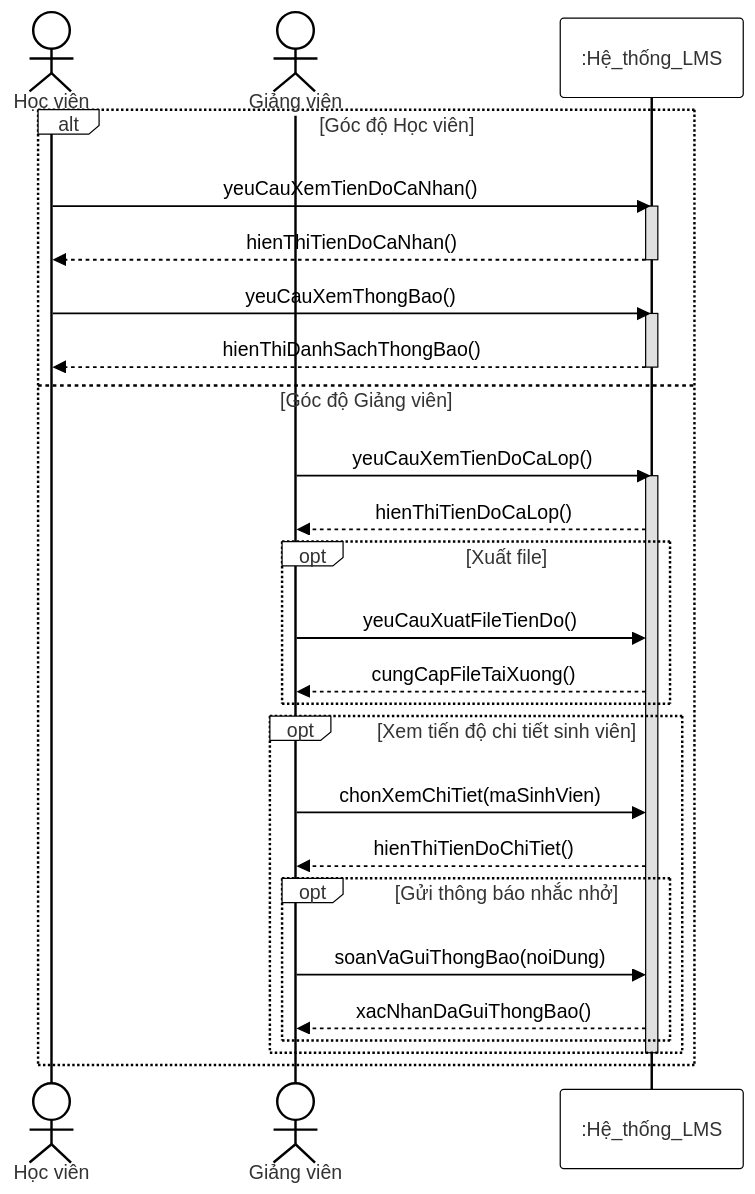
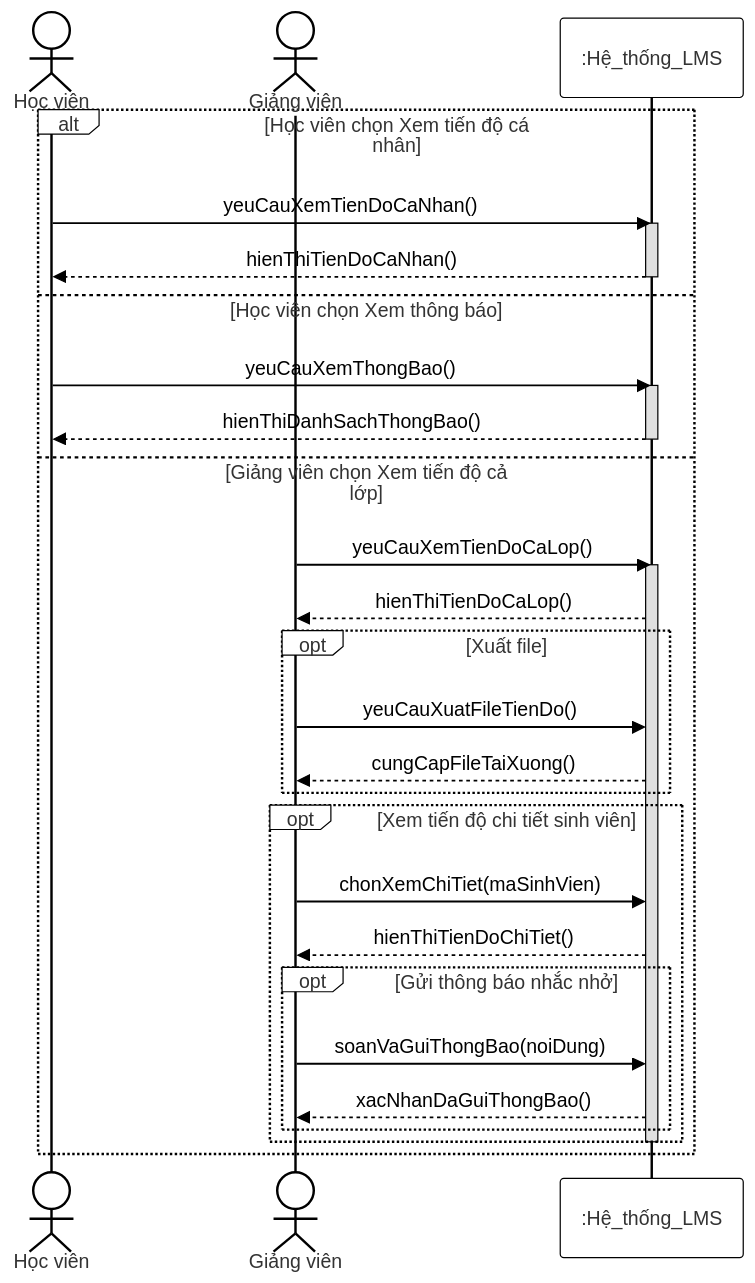
One commit to NguyenViet-281205/PTTKHT changed the diagram in quanlytiendo.md. Above: the diagram before and after it, drawn with Mermaid.

````diff
--- a/quanlytiendo.md
+++ b/quanlytiendo.md
@@ -1,42 +1,41 @@
 ```mermaid
 %%{init: { 'theme': 'base', 'themeVariables': { 'primaryColor': '#ffffff', 'primaryBorderColor': '#000000', 'lineColor': '#000000', 'textColor': '#000000', 'actorBkg': '#ffffff', 'actorBorder': '#000000', 'signalColor': '#000000', 'signalTextColor': '#000000', 'activationBorderColor': '#000000', 'activationBkgColor': '#e0e0e0', 'noteBkgColor': '#ffffff', 'noteBorderColor': '#000000' } } }%%
 sequenceDiagram
     actor HV as Học viên
     actor GV as Giảng viên
     participant Sys as :Hệ_thống_LMS
 
-    %% Luồng của Học viên
-    alt Góc độ Học viên
+    alt Học viên chọn Xem tiến độ cá nhân
         HV->>Sys: yeuCauXemTienDoCaNhan()
         activate Sys
         Sys-->>HV: hienThiTienDoCaNhan()
         deactivate Sys
         
+    else Học viên chọn Xem thông báo
         HV->>Sys: yeuCauXemThongBao()
         activate Sys
         Sys-->>HV: hienThiDanhSachThongBao()
         deactivate Sys
 
-    %% Luồng của Giảng viên
-    else Góc độ Giảng viên
+    else Giảng viên chọn Xem tiến độ cả lớp
         GV->>Sys: yeuCauXemTienDoCaLop()
         activate Sys
         Sys-->>GV: hienThiTienDoCaLop()
         
         opt Xuất file
             GV->>Sys: yeuCauXuatFileTienDo()
             Sys-->>GV: cungCapFileTaiXuong()
         end
 
         opt Xem tiến độ chi tiết sinh viên
             GV->>Sys: chonXemChiTiet(maSinhVien)
             Sys-->>GV: hienThiTienDoChiTiet()
             
             opt Gửi thông báo nhắc nhở
                 GV->>Sys: soanVaGuiThongBao(noiDung)
                 Sys-->>GV: xacNhanDaGuiThongBao()
             end
         end
         deactivate Sys
     end
 ```
````
